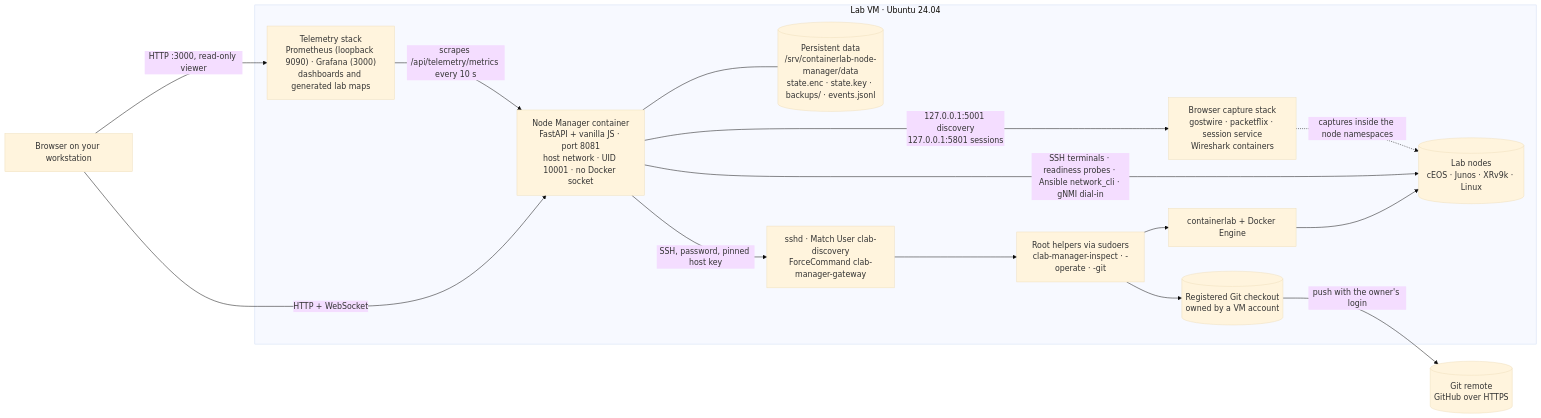
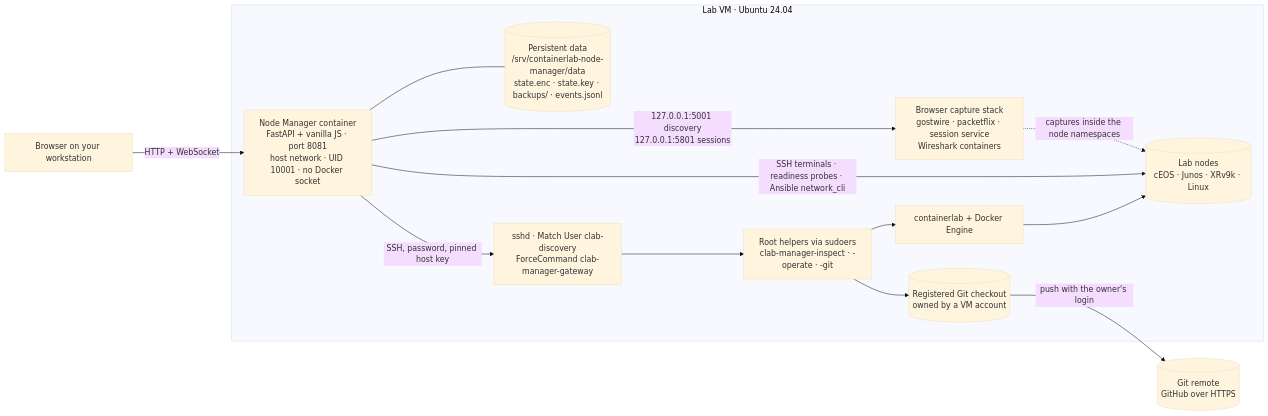
Before and after one commit to ArchRuger/CLAB-BACKUP-WORKER-v2: the first of 4 diagrams in docs/ARCHITECTURE.md, drawn with Mermaid (base theme). The commit also changed other lines of this file and 123 other files, not shown here.

First line of the commit message:
Release 1.30.39: telemetry and Grafana retired (technical audit, part 1)

````diff
--- a/docs/ARCHITECTURE.md
+++ b/docs/ARCHITECTURE.md
@@ -11,26 +10,23 @@
 ```mermaid
 flowchart LR
     B["Browser on your workstation"]
     subgraph VM["Lab VM · Ubuntu 24.04"]
         M["Node Manager container<br/>FastAPI + vanilla JS · port 8081<br/>host network · UID 10001 · no Docker socket"]
         D[("Persistent data<br/>/srv/containerlab-node-manager/data<br/>state.enc · state.key · backups/ · events.jsonl")]
         G["sshd · Match User clab-discovery<br/>ForceCommand clab-manager-gateway"]
         H["Root helpers via sudoers<br/>clab-manager-inspect · -operate · -git"]
         C["containerlab + Docker Engine"]
         N[("Lab nodes<br/>cEOS · Junos · XRv9k · Linux")]
         W["Browser capture stack<br/>gostwire · packetflix · session service<br/>Wireshark containers"]
-        T["Telemetry stack<br/>Prometheus (loopback 9090) · Grafana (3000)<br/>dashboards and generated lab maps"]
         K[("Registered Git checkout<br/>owned by a VM account")]
     end
     R[("Git remote<br/>GitHub over HTTPS")]
     B -- "HTTP + WebSocket" --> M
-    B -- "HTTP :3000, read-only viewer" --> T
-    T -- "scrapes /api/telemetry/metrics every 10 s" --> M
     M --- D
     M -- "SSH, password, pinned host key" --> G --> H
     H --> C --> N
     H --> K -- "push with the owner's login" --> R
-    M -- "SSH terminals · readiness probes · Ansible network_cli · gNMI dial-in" --> N
+    M -- "SSH terminals · readiness probes · Ansible network_cli" --> N
     M -- "127.0.0.1:5001 discovery<br/>127.0.0.1:5801 sessions" --> W
     W -. "captures inside the node namespaces" .-> N
 ```
````
